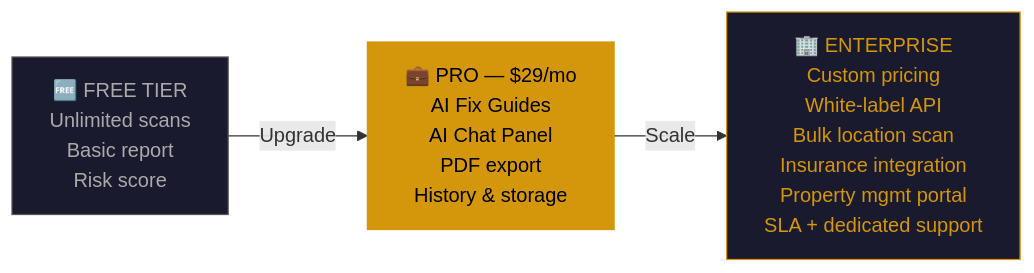
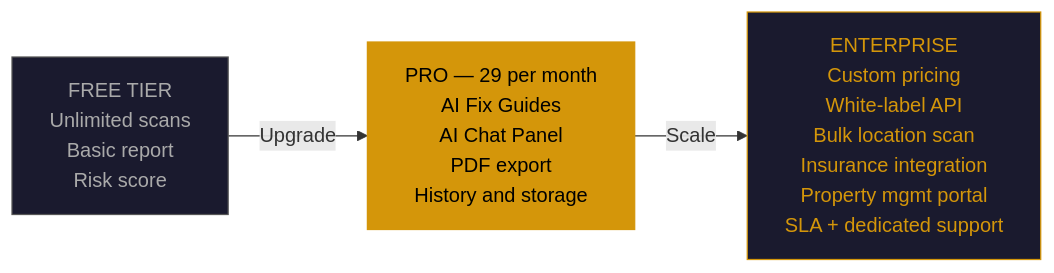
One commit to Iceman-Dann/AccessMap changed diagram 11 of 12 in README.md. Above: the diagram before and after it, drawn with Mermaid. The commit also changed other lines of this file, not shown here.

````diff
--- a/README.md
+++ b/README.md
@@ -357,9 +359,9 @@
 ```mermaid
 flowchart LR
-    A[🆓 FREE TIER\nUnlimited scans\nBasic report\nRisk score] -->|Upgrade| B[💼 PRO — $29/mo\nAI Fix Guides\nAI Chat Panel\nPDF export\nHistory & storage]
-    B -->|Scale| C[🏢 ENTERPRISE\nCustom pricing\nWhite-label API\nBulk location scan\nInsurance integration\nProperty mgmt portal\nSLA + dedicated support]
+    A[FREE TIER\nUnlimited scans\nBasic report\nRisk score] -->|Upgrade| B[PRO — 29 per month\nAI Fix Guides\nAI Chat Panel\nPDF export\nHistory and storage]
+    B -->|Scale| C[ENTERPRISE\nCustom pricing\nWhite-label API\nBulk location scan\nInsurance integration\nProperty mgmt portal\nSLA + dedicated support]
 
     style A fill:#1a1a2e,color:#aaa,stroke:#555
     style B fill:#D4960A,color:#000,stroke:#D4960A
     style C fill:#1a1a2e,color:#D4960A,stroke:#D4960A
 ```
````
